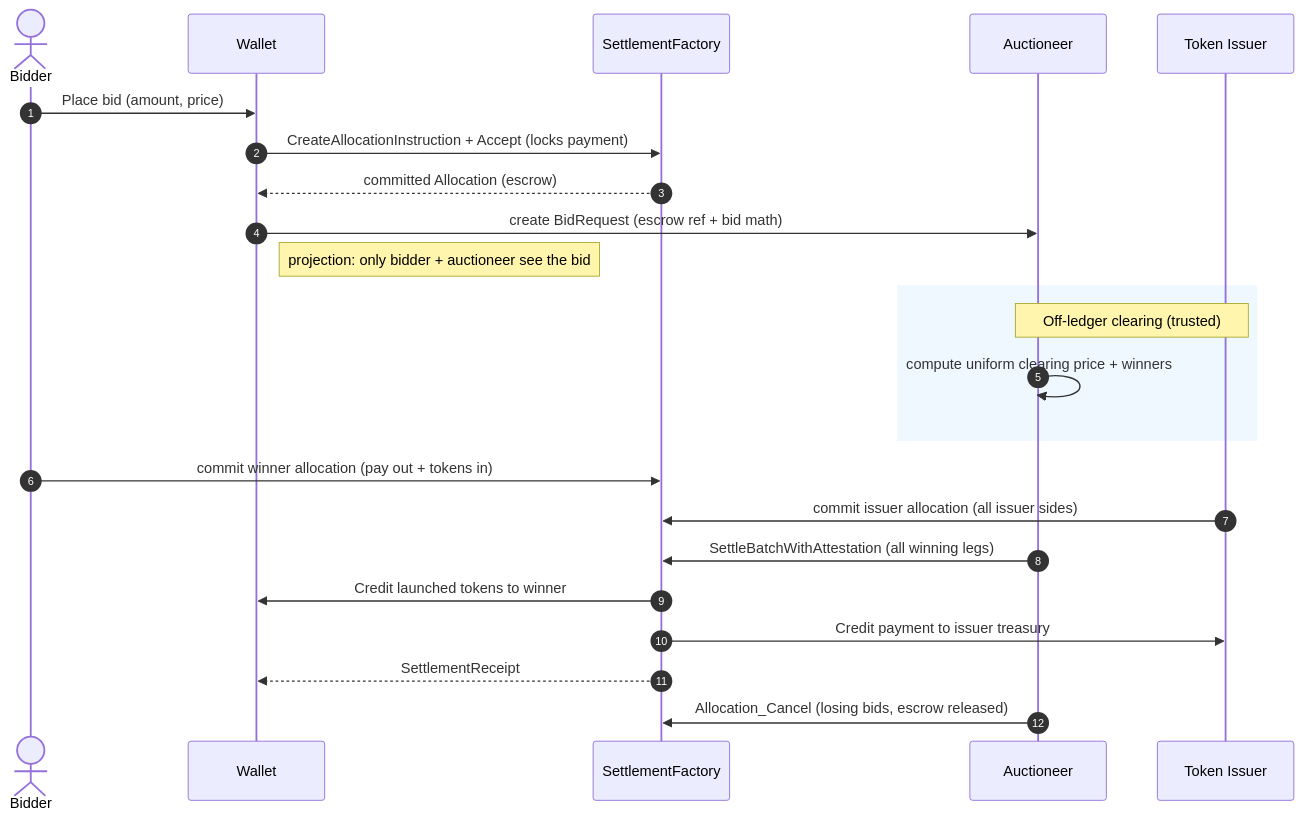
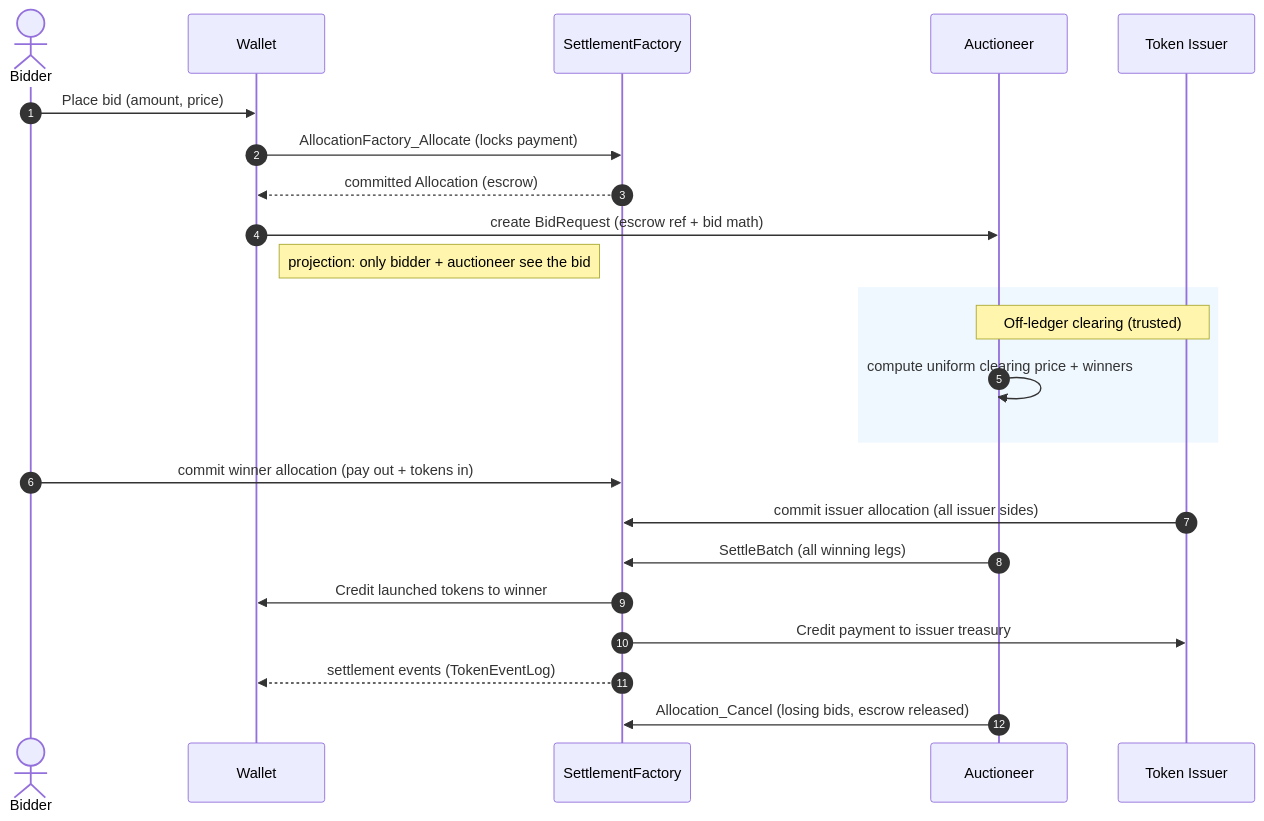
The first of 5 diagrams in docs/reference-architectures/confidential-auction.md (OpenZeppelin/canton-specs), drawn with Mermaid before and after one commit. The commit also changed other lines of this file and 4 other files, not shown here.

Commit message:
Adjust all Reference Implementations to the new settlement links. Align Lending, Cross-Chain Stablecoin and Confidential Auction to the second round of feedback.  (#78)

````diff
--- a/docs/reference-architectures/confidential-auction.md
+++ b/docs/reference-architectures/confidential-auction.md
@@ -184,28 +184,28 @@
 ```mermaid
 sequenceDiagram
     autonumber
     actor Bidder
     participant Wallet
     participant SettleFactory as SettlementFactory
     participant Auctioneer
     participant Issuer as Token Issuer
 
     Bidder->>Wallet: Place bid (amount, price)
-    Wallet->>SettleFactory: CreateAllocationInstruction + Accept (locks payment)
+    Wallet->>SettleFactory: AllocationFactory_Allocate (locks payment)
     SettleFactory-->>Wallet: committed Allocation (escrow)
     Wallet->>Auctioneer: create BidRequest (escrow ref + bid math)
     Note right of Wallet: projection: only bidder + auctioneer see the bid
 
     rect rgb(240, 248, 255)
     Note over Auctioneer, Issuer: Off-ledger clearing (trusted)
     Auctioneer->>Auctioneer: compute uniform clearing price + winners
     end
 
     Bidder->>SettleFactory: commit winner allocation (pay out + tokens in)
     Issuer->>SettleFactory: commit issuer allocation (all issuer sides)
-    Auctioneer->>SettleFactory: SettleBatchWithAttestation (all winning legs)
+    Auctioneer->>SettleFactory: SettleBatch (all winning legs)
     SettleFactory->>Wallet: Credit launched tokens to winner
     SettleFactory->>Issuer: Credit payment to issuer treasury
-    SettleFactory-->>Wallet: SettlementReceipt
+    SettleFactory-->>Wallet: settlement events (TokenEventLog)
     Auctioneer->>SettleFactory: Allocation_Cancel (losing bids, escrow released)
 ```
````
